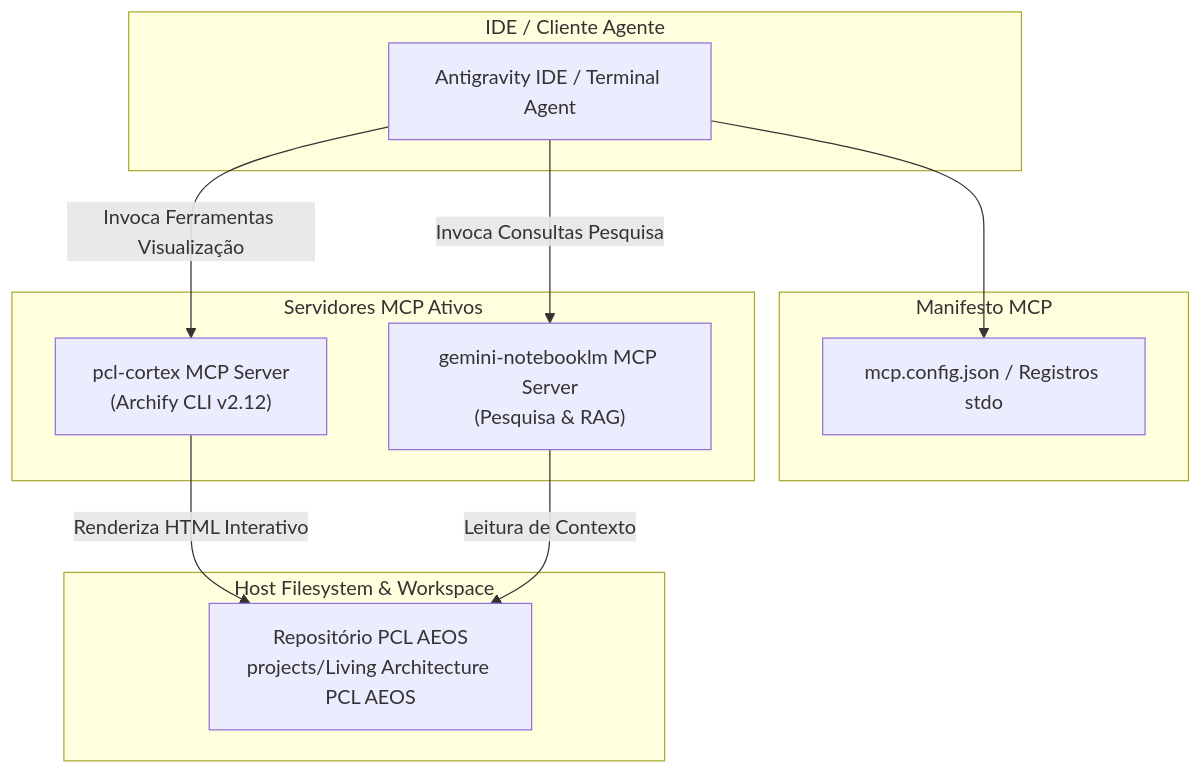
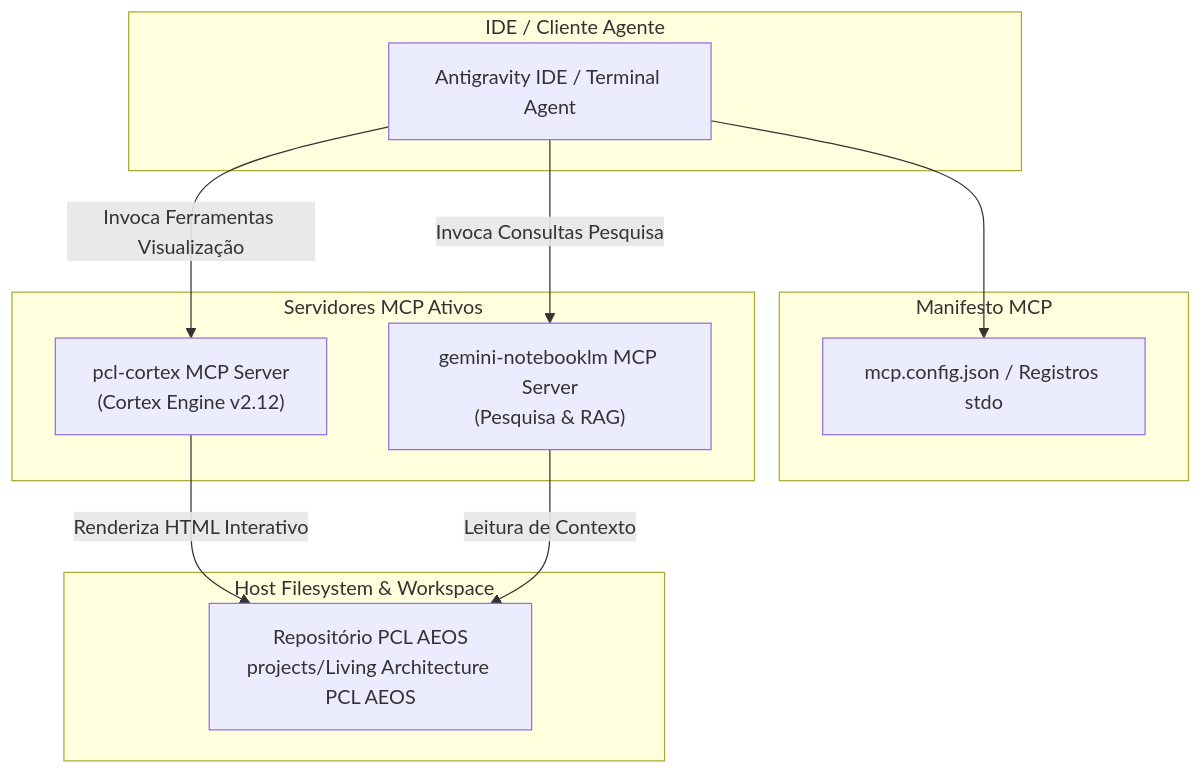
Before and after one commit to EnterDufter/PromptCoreLabs_AEOS: the diagram in projects/Living Architecture PCL AEOS/docs/integrations-mcp/README.md, drawn with Mermaid. The commit also changed other lines of this file and 3 other files, not shown here.

Commit message:
chore(docs): remove mencoes a Archify e padroniza exclusivamente PCL Cortex Engine

````diff
--- a/projects/Living Architecture PCL AEOS/docs/integrations-mcp/README.md
+++ b/projects/Living Architecture PCL AEOS/docs/integrations-mcp/README.md
@@ -20,25 +20,25 @@
 ```mermaid
 graph TD
     subgraph ClientLayer["IDE / Cliente Agente"]
         IDE["Antigravity IDE / Terminal Agent"]
     end
 
     subgraph ConfigLayer["Manifesto MCP"]
         CONF["mcp.config.json / Registros stdo"]
     end
 
     subgraph MCPServers["Servidores MCP Ativos"]
-        CX_MCP["pcl-cortex MCP Server\n(Archify CLI v2.12)"]
+        CX_MCP["pcl-cortex MCP Server\n(Cortex Engine v2.12)"]
         NLM_MCP["gemini-notebooklm MCP Server\n(Pesquisa & RAG)"]
     end
 
     subgraph TargetWorkspace["Host Filesystem & Workspace"]
         WS["Repositório PCL AEOS\nprojects/Living Architecture PCL AEOS"]
     end
 
     IDE --> CONF
     IDE -->|Invoca Ferramentas Visualização| CX_MCP
     IDE -->|Invoca Consultas Pesquisa| NLM_MCP
     CX_MCP -->|Renderiza HTML Interativo| WS
     NLM_MCP -->|Leitura de Contexto| WS
 ```
````
